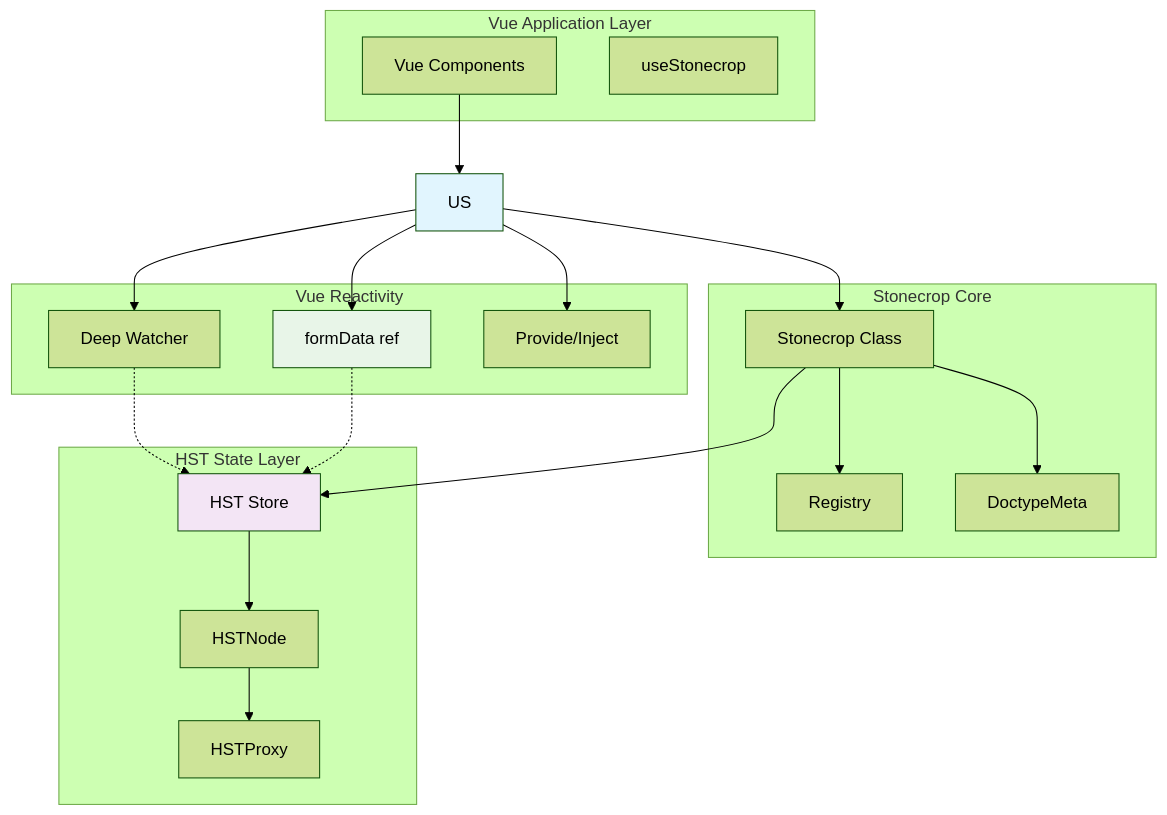
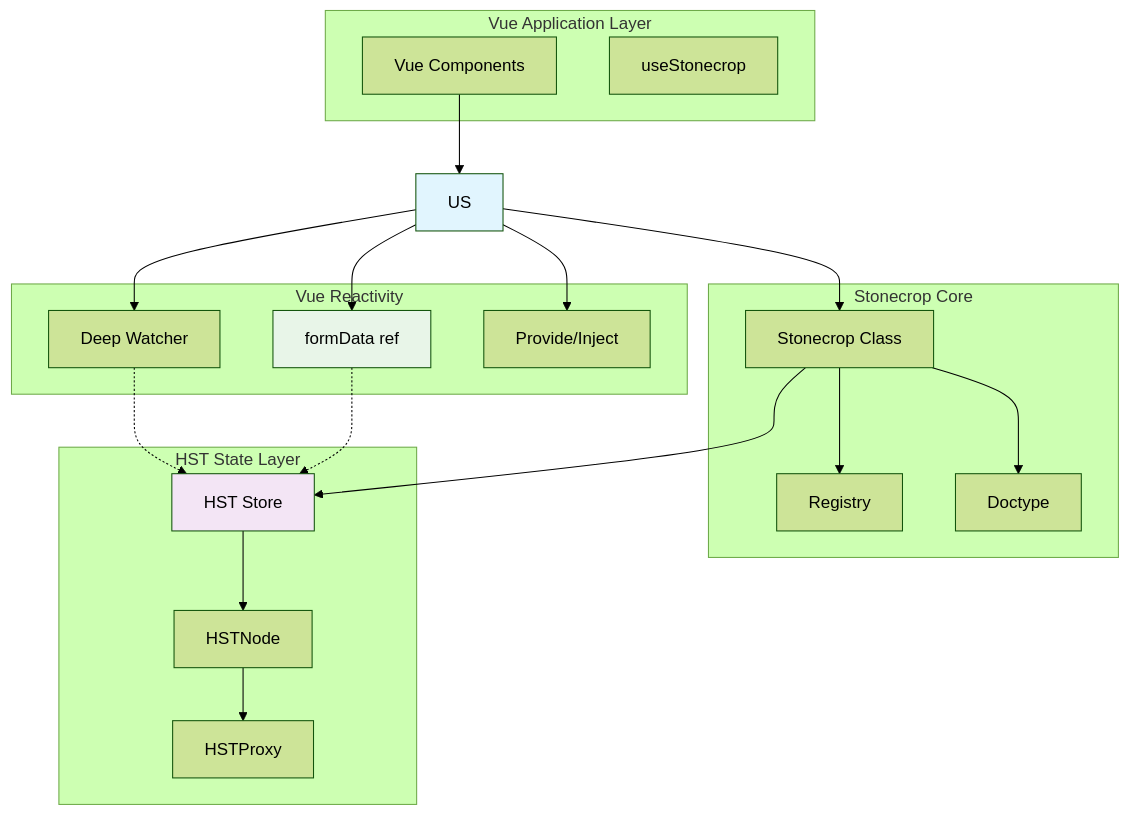
One commit to agritheory/stonecrop changed the first of 6 diagrams in stonecrop/docs/hst/architecture.md. Above: the diagram before and after it, drawn with Mermaid (forest theme). The commit also changed 40 other files, not shown here.

````diff
--- a/stonecrop/docs/hst/architecture.md
+++ b/stonecrop/docs/hst/architecture.md
@@ -3,45 +3,45 @@
 ```mermaid
 graph TB
     subgraph "Vue Application Layer"
         VC[Vue Components]
         USC[useStonecrop]
     end
 
     subgraph "Stonecrop Core"
         SC[Stonecrop Class]
         REG[Registry]
-        DT[DoctypeMeta]
+        DT[Doctype]
     end
 
     subgraph "HST State Layer"
         HST[HST Store]
         HSTN[HSTNode]
         HSTP[HSTProxy]
     end
 
     subgraph "Vue Reactivity"
         FD[formData ref]
         WD[Deep Watcher]
         PR[Provide/Inject]
     end
 
     VC --> US
     US --> SC
     US --> FD
     US --> WD
     US --> PR
 
     SC --> REG
     SC --> HST
     SC --> DT
 
     HST --> HSTN
     HSTN --> HSTP
 
     WD -.-> HST
     FD -.-> HST
 
     style US fill:#e1f5fe
     style HST fill:#f3e5f5
     style FD fill:#e8f5e8
 ```
````
